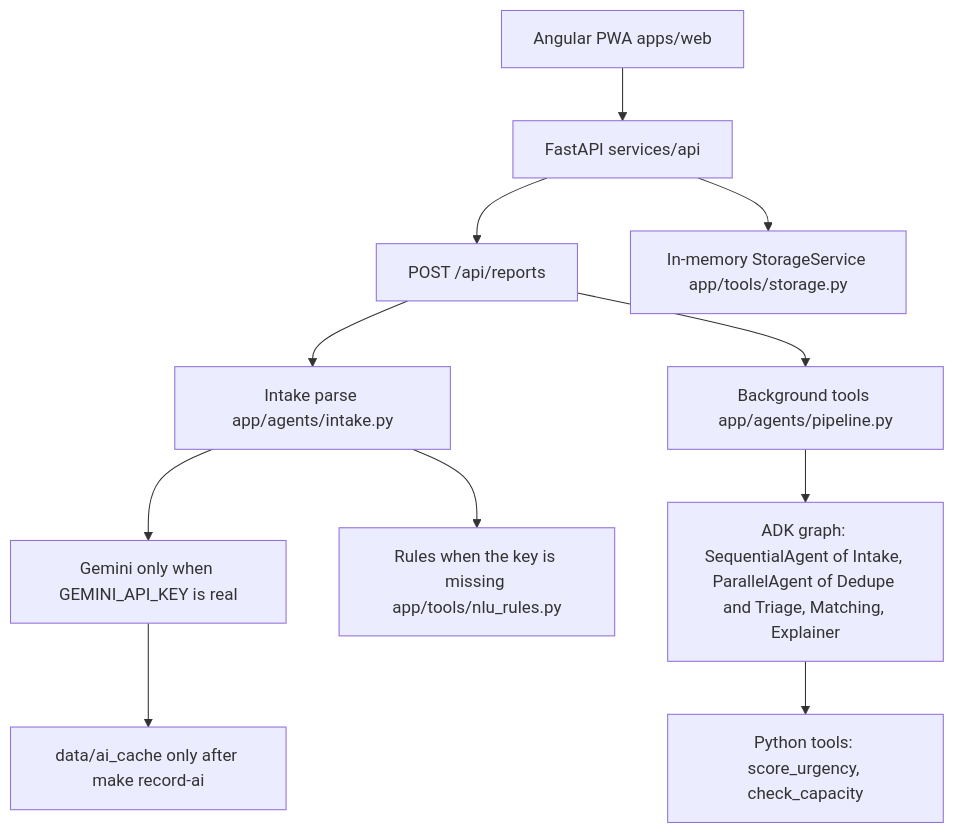
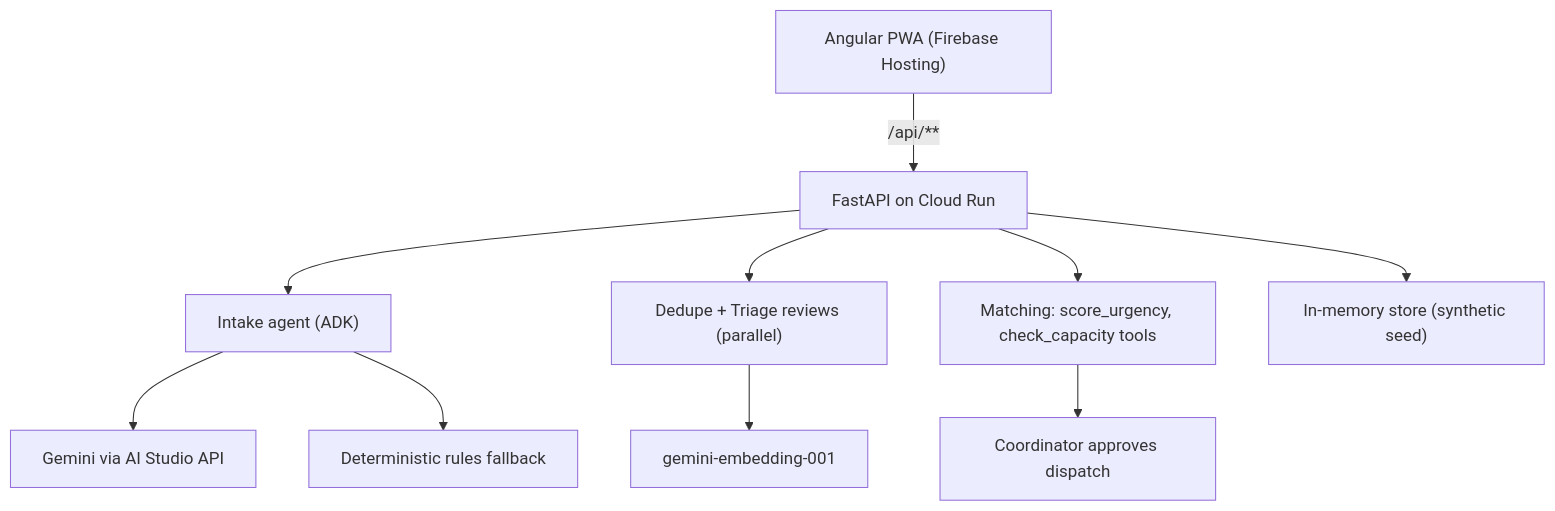
The diagram in README.md (ujjwal37/Relief-Desk), drawn with Mermaid before and after one commit. The commit also changed other lines of this file and 2 other files, not shown here.

Commit message:
docs: refresh README for submission; remove Cursor rules file

````diff
--- a/README.md
+++ b/README.md
@@ -34,13 +35,12 @@
 ```mermaid
 flowchart TD
-  web["Angular PWA apps/web"] --> api["FastAPI services/api"]
-  api --> submit["POST /api/reports"]
-  submit --> intakeCall["Intake parse app/agents/intake.py"]
-  intakeCall --> gemini["Gemini only when GEMINI_API_KEY is real"]
-  intakeCall --> rules["Rules when the key is missing app/tools/nlu_rules.py"]
-  submit --> pipe["Background tools app/agents/pipeline.py"]
-  pipe --> agents["ADK graph: SequentialAgent of Intake, ParallelAgent of Dedupe and Triage, Matching, Explainer"]
-  agents --> tools["Python tools: score_urgency, check_capacity"]
-  api --> memory["In-memory StorageService app/tools/storage.py"]
-  gemini --> replay["data/ai_cache only after make record-ai"]
+  web["Angular PWA (Firebase Hosting)"] -->|/api/**| api["FastAPI on Cloud Run"]
+  api --> intake["Intake agent (ADK)"]
+  intake --> gemini["Gemini via AI Studio API"]
+  intake --> rules["Deterministic rules fallback"]
+  api --> review["Dedupe + Triage reviews (parallel)"]
+  review --> emb["gemini-embedding-001"]
+  api --> match["Matching: score_urgency, check_capacity tools"]
+  match --> human["Coordinator approves dispatch"]
+  api --> mem["In-memory store (synthetic seed)"]
 ```
````
